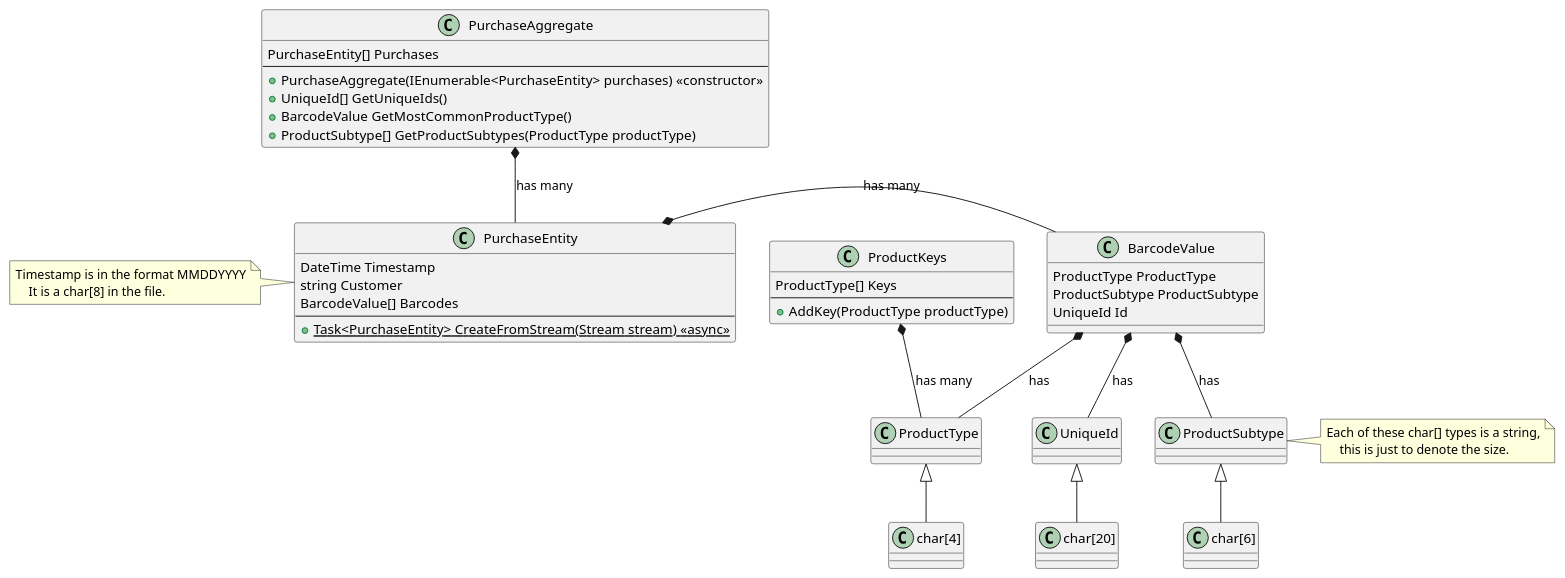
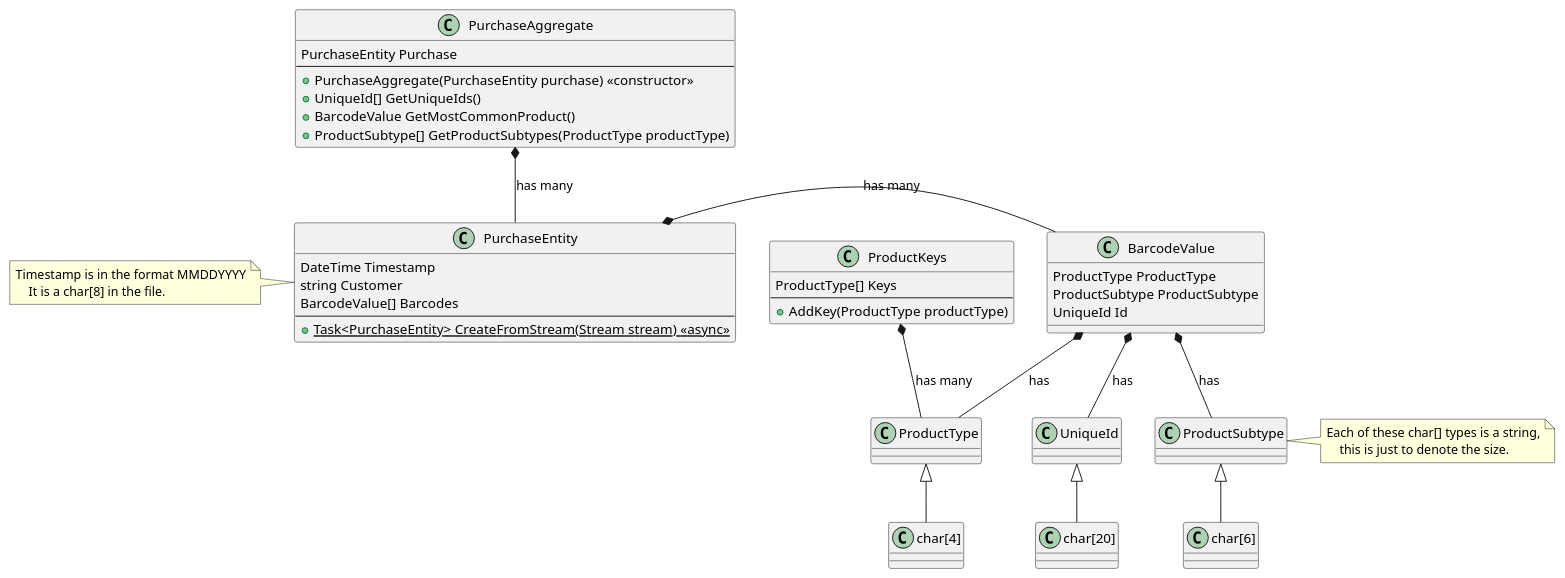
The diagram in docs/classStructure.puml (aholmes/2020-InterviewRound3), drawn with PlantUML before and after one commit. The commit also changed 1 other file, not shown here.

Commit message:
Update UML

```diff
--- a/docs/classStructure.puml
+++ b/docs/classStructure.puml
@@ -1,64 +1,64 @@
 @startuml
 
 '01232020Jamie
 'BEVGTTKYGDGJHGTFBNGDVZJGDIPXVS
 'CANFDNSKAVOUXSCGSYBHQYHNMDQOBL
 'FRZNQQNPSESCHIMIXOUHNAWLXRZEPT
 'BEVGZYUFGNIHDCZIPWLZJLPDSGNEAH
 
 class ProductKeys {
     ProductType[] Keys
     --
     +AddKey(ProductType productType)
 }
 
 class PurchaseEntity {
     DateTime Timestamp
     string Customer
     BarcodeValue[] Barcodes
     --
     {static} +Task<PurchaseEntity> CreateFromStream(Stream stream) <<async>>
 }
 note left
 Timestamp is in the format MMDDYYYY
     It is a char[8] in the file.
 end note
 
 class PurchaseAggregate {
-    PurchaseEntity[] Purchases
+    PurchaseEntity Purchase
     --
-    +PurchaseAggregate(IEnumerable<PurchaseEntity> purchases) <<constructor>>
+    +PurchaseAggregate(PurchaseEntity purchase) <<constructor>>
     +UniqueId[] GetUniqueIds()
-    +BarcodeValue GetMostCommonProductType()
+    +BarcodeValue GetMostCommonProduct()
     +ProductSubtype[] GetProductSubtypes(ProductType productType)
 }
 
 class "char[4]" as char4
 class "char[6]" as char6
 class "char[20]" as char20
 
 ProductType <|-- char4
 ProductSubtype <|-- char6
 UniqueId <|-- char20
 note right of ProductSubtype
 Each of these char[] types is a string,
     this is just to denote the size.
 end note
 
 class BarcodeValue {
     ProductType ProductType
     ProductSubtype ProductSubtype
     UniqueId Id
 }
 
 BarcodeValue *-- ProductType : has
 BarcodeValue *-- ProductSubtype : has
 BarcodeValue *-- UniqueId : has
 
 ProductKeys *-- ProductType : has many
 
 PurchaseEntity *- BarcodeValue : has many
 
 PurchaseAggregate *-- PurchaseEntity : has many
 
 @enduml
```
